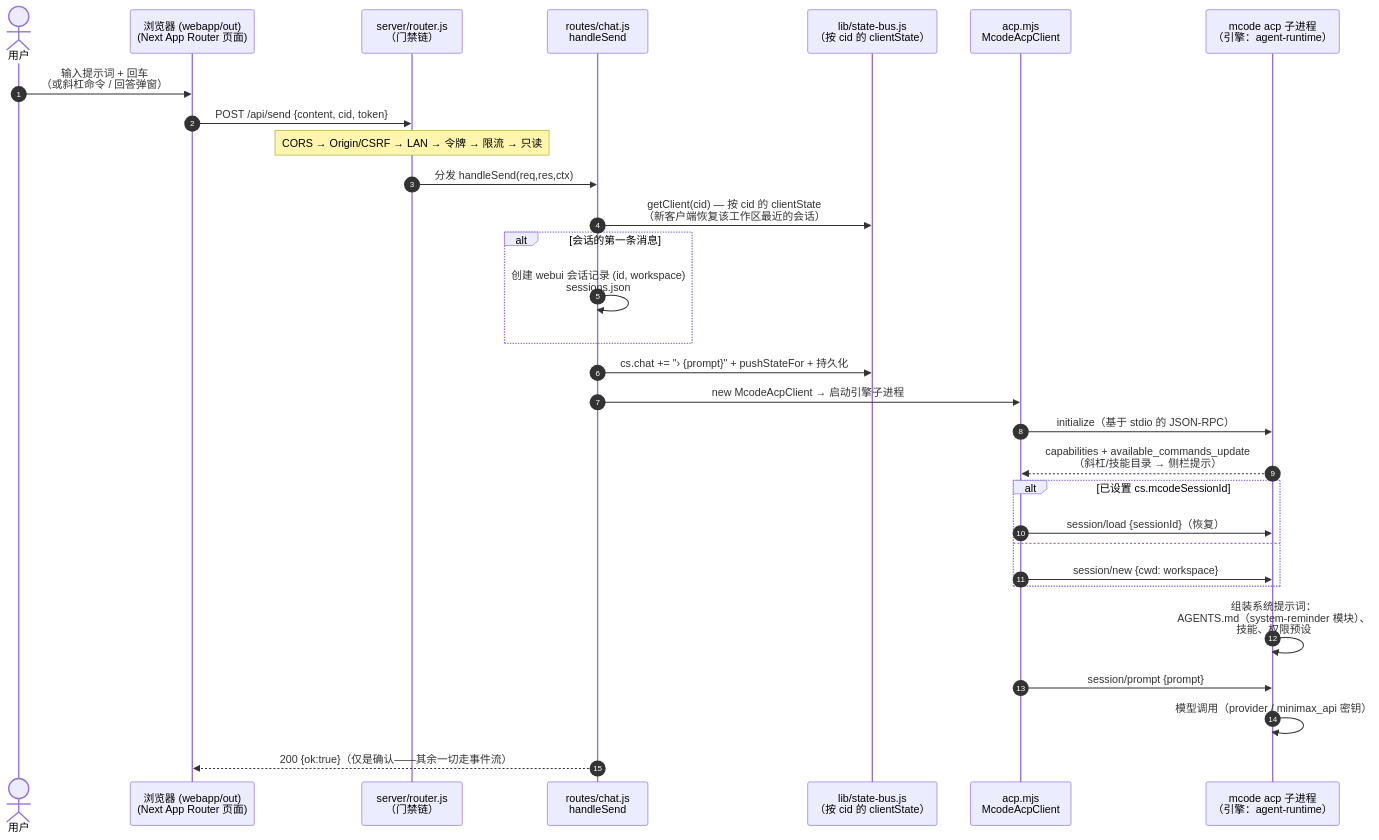
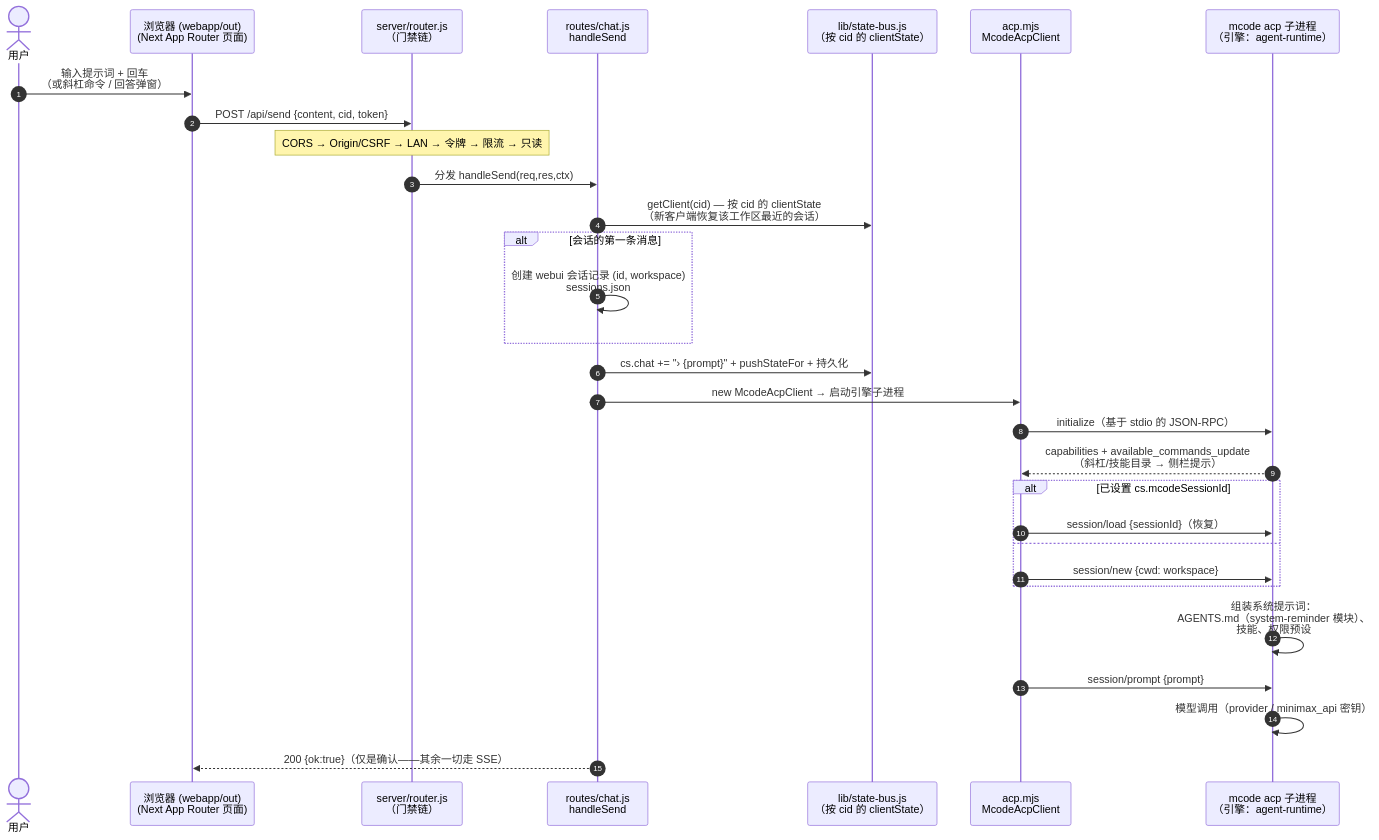
Before and after one commit to mcode-webui/minimax-code-web: the first of 4 diagrams in packages/webui/docs/ARCHITECTURE.zh-CN.md, drawn with Mermaid. The commit also changed other lines of this file and 68 other files, not shown here.

````diff
--- a/packages/webui/docs/ARCHITECTURE.zh-CN.md
+++ b/packages/webui/docs/ARCHITECTURE.zh-CN.md
@@ -134,33 +133,33 @@
 ```mermaid
 sequenceDiagram
     autonumber
     actor U as 用户
     participant B as 浏览器 (webapp/out)<br/>(Next App Router 页面)
     participant R as server/router.js<br/>（门禁链）
     participant C as routes/chat.js<br/>handleSend
     participant S as lib/state-bus.js<br/>（按 cid 的 clientState）
     participant A as acp.mjs<br/>McodeAcpClient
     participant E as mcode acp 子进程<br/>（引擎：agent-runtime）
 
     U->>B: 输入提示词 + 回车<br/>（或斜杠命令 / 回答弹窗）
     B->>R: POST /api/send {content, cid, token}
     Note over R: CORS → Origin/CSRF → LAN → 令牌 → 限流 → 只读
     R->>C: 分发 handleSend(req,res,ctx)
     C->>S: getClient(cid) — 按 cid 的 clientState<br/>（新客户端恢复该工作区最近的会话）
     alt 会话的第一条消息
         C->>C: 创建 webui 会话记录 (id, workspace)<br/>sessions.json
     end
     C->>S: cs.chat += "› {prompt}" + pushStateFor + 持久化
     C->>A: new McodeAcpClient → 启动引擎子进程
     A->>E: initialize（基于 stdio 的 JSON-RPC）
     E-->>A: capabilities + available_commands_update<br/>（斜杠/技能目录 → 侧栏提示）
     alt 已设置 cs.mcodeSessionId
         A->>E: session/load {sessionId}（恢复）
     else
         A->>E: session/new {cwd: workspace}
     end
     E->>E: 组装系统提示词：<br/>AGENTS.md（system-reminder 模块）、<br/>技能、权限预设
     A->>E: session/prompt {prompt}
     E->>E: 模型调用（provider / minimax_api 密钥）
-    C-->>B: 200 {ok:true}（仅是确认——其余一切走事件流）
+    C-->>B: 200 {ok:true}（仅是确认——其余一切走 SSE）
 ```
````
